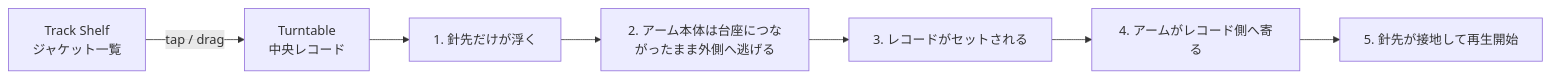
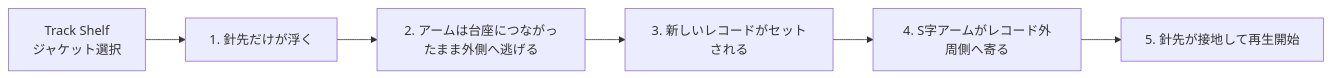
One commit to kumakitiho/Spotify-Brawser changed the diagram in docs/record-player-as-is-to-be.md. Above: the diagram before and after it, drawn with Mermaid. The commit also changed other lines of this file, not shown here.

Commit message:
Align design brief with realistic turntable reference

````diff
--- a/docs/record-player-as-is-to-be.md
+++ b/docs/record-player-as-is-to-be.md
@@ -33,9 +27,8 @@
 ```mermaid
 flowchart LR
-    A[Track Shelf<br/>ジャケット一覧] -->|tap / drag| B[Turntable<br/>中央レコード]
-    B --> C[1. 針先だけが浮く]
-    C --> D[2. アーム本体は台座につながったまま外側へ逃げる]
-    D --> E[3. レコードがセットされる]
-    E --> F[4. アームがレコード側へ寄る]
-    F --> G[5. 針先が接地して再生開始]
+    A[Track Shelf<br/>ジャケット選択] --> B[1. 針先だけが浮く]
+    B --> C[2. アームは台座につながったまま外側へ逃げる]
+    C --> D[3. 新しいレコードがセットされる]
+    D --> E[4. S字アームがレコード外周側へ寄る]
+    E --> F[5. 針先が接地して再生開始]
 ```
````
